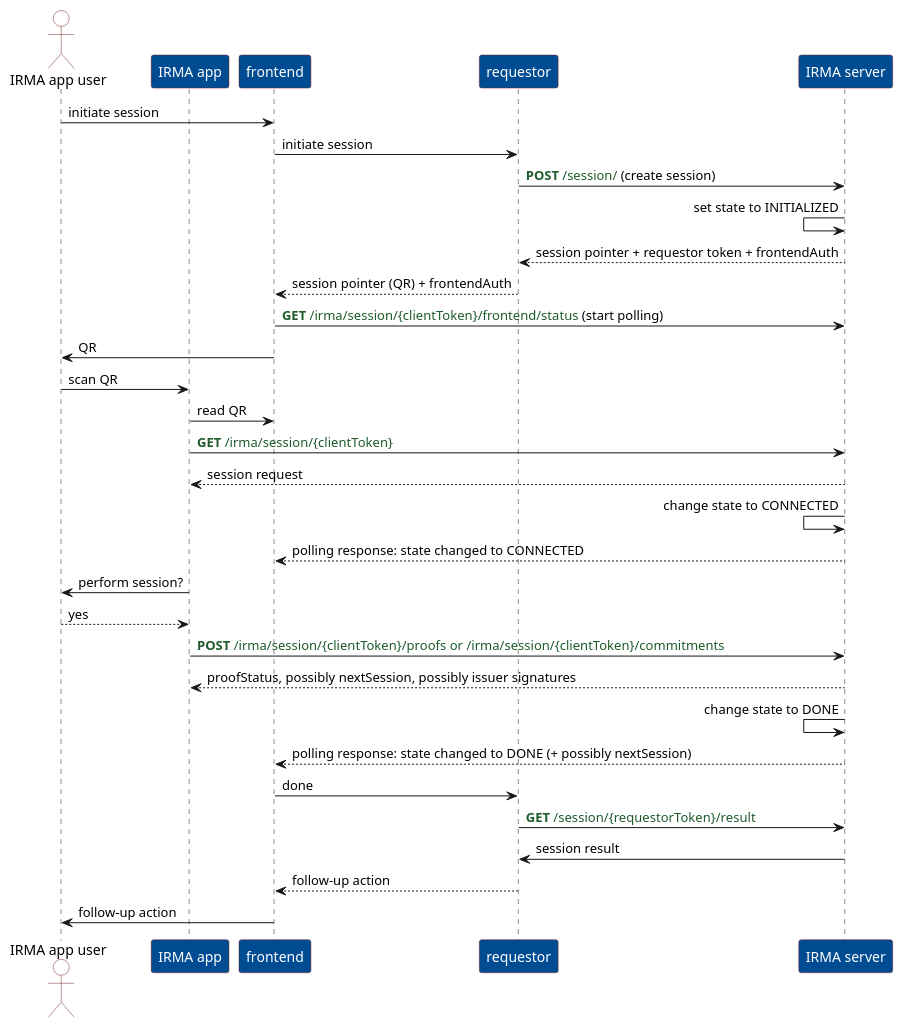
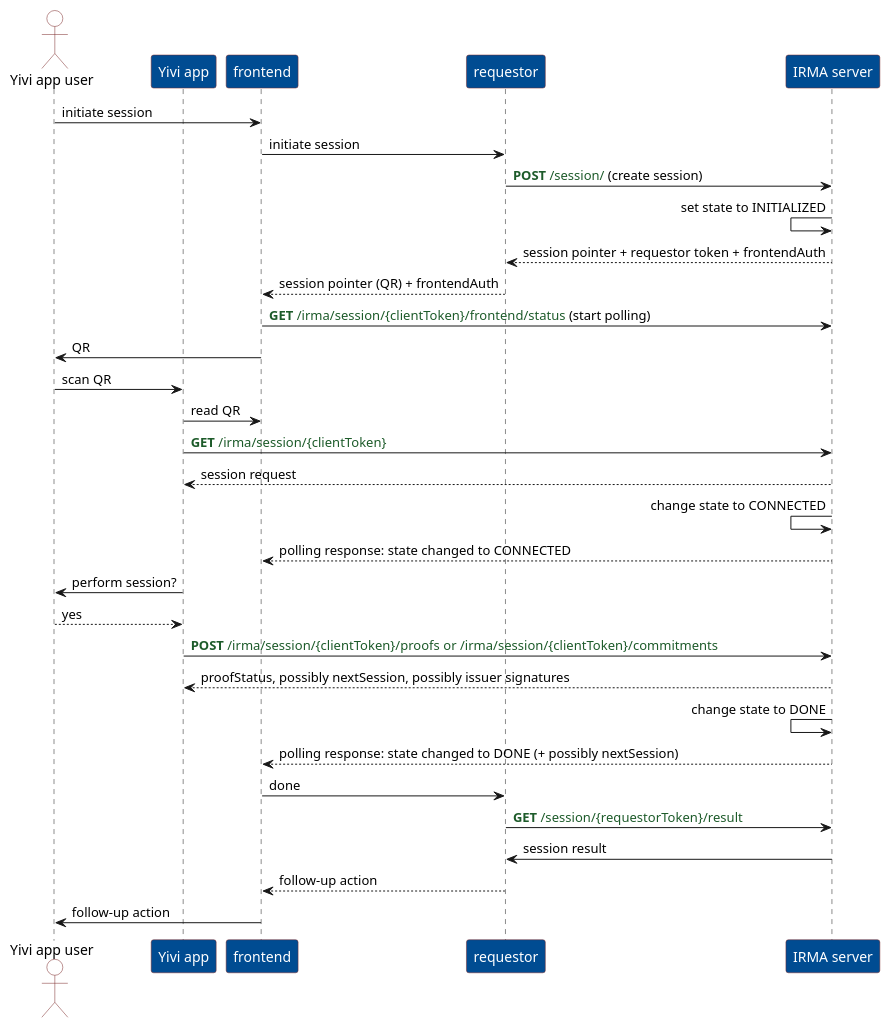
One commit to privacybydesign/irma-documentation changed the diagram in docs/assets/session-no-pairing.puml. Above: the diagram before and after it, drawn with PlantUML. The commit also changed 36 other files, not shown here.

Commit message:
Chore: rename IRMA app to Yivi app

```diff
--- a/docs/assets/session-no-pairing.puml
+++ b/docs/assets/session-no-pairing.puml
@@ -1,47 +1,47 @@
 @startuml session-no-pairing
 skinparam sequence {
 backgroundColor #transparent
 ActorBorderColor #7A2626
 ActorBackgroundColor #transparent
 ParticipantBorderColor #7A2626
 ParticipantBackgroundColor #004C92
 ParticipantFontColor white
 } 
 
-actor "IRMA app user" as user
-participant "IRMA app" as app
+actor "Yivi app user" as user
+participant "Yivi app" as app
 participant frontend as browser
 participant "requestor" as requestor
 participant "IRMA server" as server
 
 user -> browser: initiate session
 browser -> requestor: initiate session
 requestor -> server: <font color=#1D5B2A>**POST** /session/</font> (create session)
 server <- server: set state to INITIALIZED   
 server --> requestor: session pointer + requestor token + frontendAuth 
 requestor --> browser: session pointer (QR) + frontendAuth
 browser -> server: <font color=#1D5B2A>**GET** /irma/session/{clientToken}/frontend/status </font>(start polling)
 browser -> user: QR
 user -> app: scan QR
 app -> browser: read QR
 app -> server: <font color=#1D5B2A>**GET** /irma/session/{clientToken}</font>
 return session request
 server <- server: change state to CONNECTED
 server --> browser: polling response: state changed to CONNECTED
 
 app -> user: perform session?
 return yes
 
 app -> server: <font color=#1D5B2A>**POST** /irma/session/{clientToken}/proofs or /irma/session/{clientToken}/commitments</font>
 return proofStatus, possibly nextSession, possibly issuer signatures
 server <- server: change state to DONE
 
 server --> browser: polling response: state changed to DONE (+ possibly nextSession)
 browser -> requestor: done
 requestor -> server: <font color=#1D5B2A>**GET** /session/{requestorToken}/result
 server -> requestor: session result
 requestor --> browser: follow-up action
 
 browser -> user: follow-up action
 
 @enduml
```
